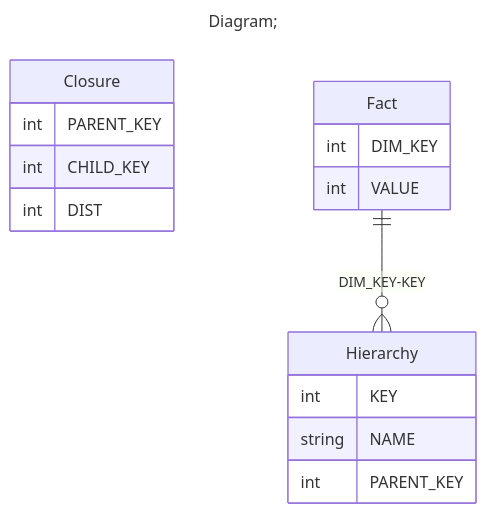
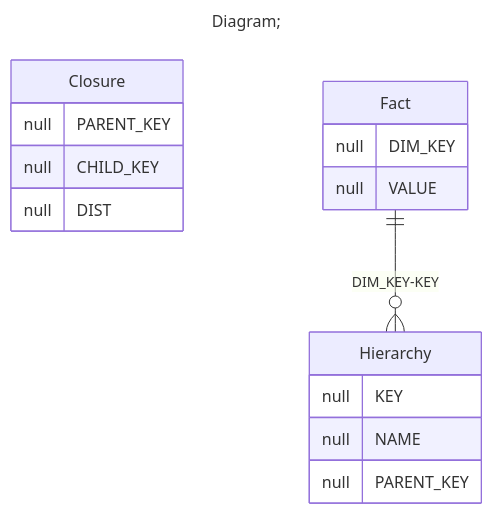
The third of 3 diagrams in demo/server/catalogs/min_Level_Closure_parent_child/README.MD (xmla-services/workground), drawn with Mermaid before and after one commit. The commit also changed other lines of this file and 39 other files, not shown here.

````diff
--- a/demo/server/catalogs/min_Level_Closure_parent_child/README.MD
+++ b/demo/server/catalogs/min_Level_Closure_parent_child/README.MD
@@ -87,22 +87,22 @@
 ```mermaid
 ---
 title: Diagram;
 ---
 erDiagram
 Closure{
-int PARENT_KEY
-int CHILD_KEY
-int DIST
+null PARENT_KEY
+null CHILD_KEY
+null DIST
 }
 Fact{
-int DIM_KEY
-int VALUE
+null DIM_KEY
+null VALUE
 }
 Hierarchy{
-int KEY
-string NAME
-int PARENT_KEY
+null KEY
+null NAME
+null PARENT_KEY
 }
 
 "Fact" ||--o{ "Hierarchy" : "DIM_KEY-KEY"
 ```
````
